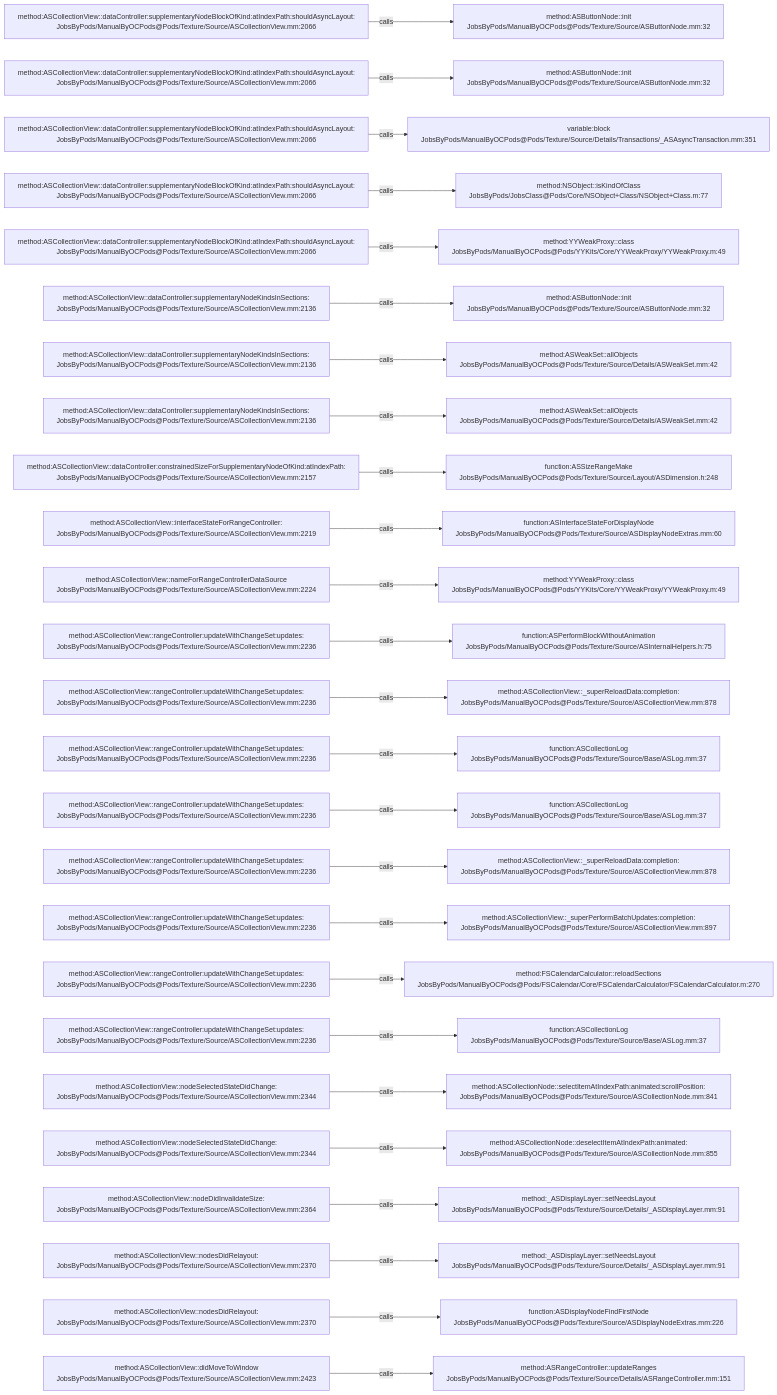
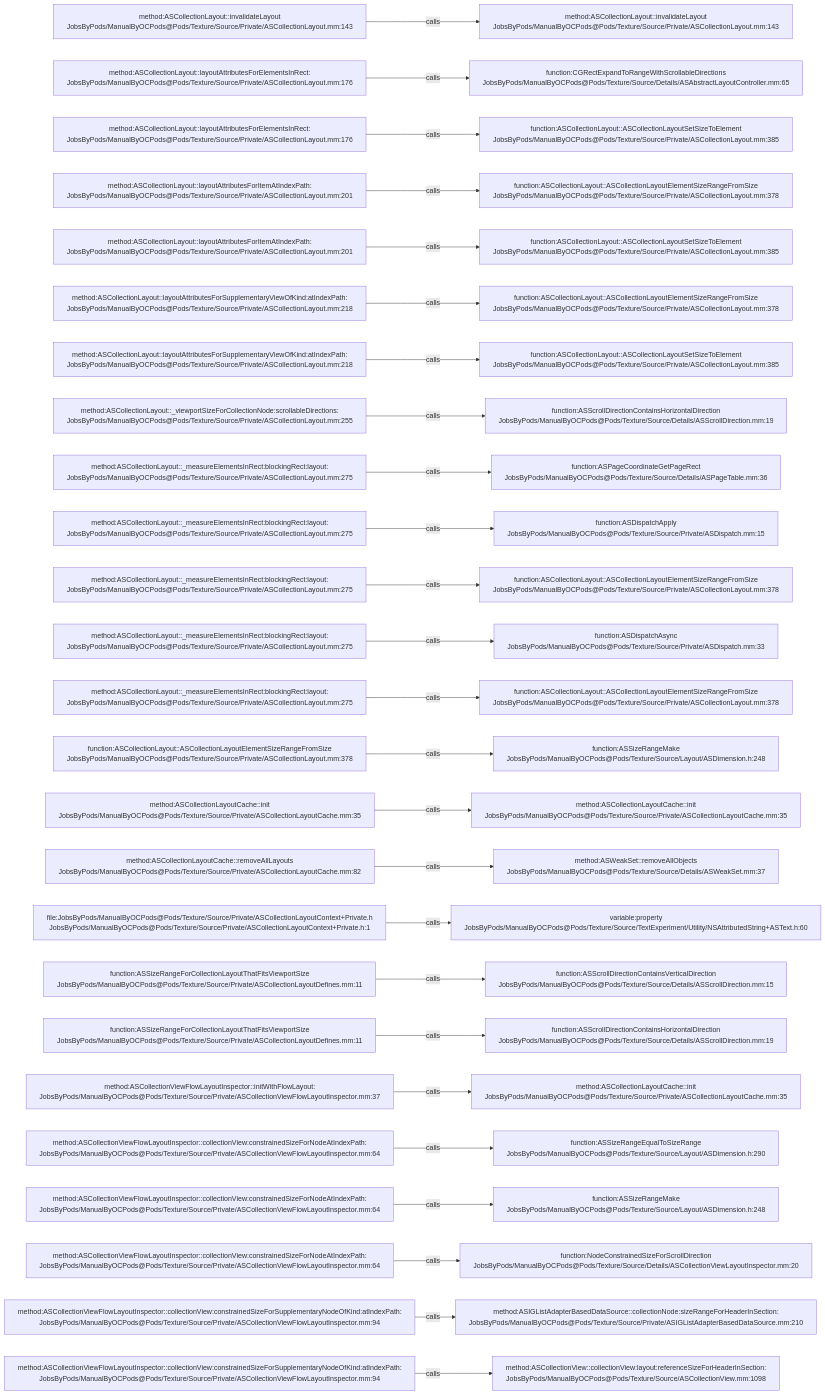
The diagram in .codegraph/codegraph.md/graphs/calls-193.md (JobsKits/JobsOCBaseConfigDemo), drawn with Mermaid before and after one commit. The commit also changed 2162 other files, not shown here.

````diff
--- a/.codegraph/codegraph.md/graphs/calls-193.md
+++ b/.codegraph/codegraph.md/graphs/calls-193.md
@@ -13,78 +13,78 @@
 ```mermaid
 flowchart LR
-  S1["method:ASCollectionView::dataController:supplementaryNodeBlockOfKind:atIndexPath:shouldAsyncLayout:<br/>JobsByPods/ManualByOCPods@Pods/Texture/Source/ASCollectionView.mm:2066"]
-  T1["method:ASButtonNode::init<br/>JobsByPods/ManualByOCPods@Pods/Texture/Source/ASButtonNode.mm:32"]
+  S1["method:ASCollectionLayout::invalidateLayout<br/>JobsByPods/ManualByOCPods@Pods/Texture/Source/Private/ASCollectionLayout.mm:143"]
+  T1["method:ASCollectionLayout::invalidateLayout<br/>JobsByPods/ManualByOCPods@Pods/Texture/Source/Private/ASCollectionLayout.mm:143"]
   S1 -->|calls| T1
-  S2["method:ASCollectionView::dataController:supplementaryNodeBlockOfKind:atIndexPath:shouldAsyncLayout:<br/>JobsByPods/ManualByOCPods@Pods/Texture/Source/ASCollectionView.mm:2066"]
-  T2["method:ASButtonNode::init<br/>JobsByPods/ManualByOCPods@Pods/Texture/Source/ASButtonNode.mm:32"]
+  S2["method:ASCollectionLayout::layoutAttributesForElementsInRect:<br/>JobsByPods/ManualByOCPods@Pods/Texture/Source/Private/ASCollectionLayout.mm:176"]
+  T2["function:CGRectExpandToRangeWithScrollableDirections<br/>JobsByPods/ManualByOCPods@Pods/Texture/Source/Details/ASAbstractLayoutController.mm:65"]
   S2 -->|calls| T2
-  S3["method:ASCollectionView::dataController:supplementaryNodeBlockOfKind:atIndexPath:shouldAsyncLayout:<br/>JobsByPods/ManualByOCPods@Pods/Texture/Source/ASCollectionView.mm:2066"]
-  T3["variable:block<br/>JobsByPods/ManualByOCPods@Pods/Texture/Source/Details/Transactions/_ASAsyncTransaction.mm:351"]
+  S3["method:ASCollectionLayout::layoutAttributesForElementsInRect:<br/>JobsByPods/ManualByOCPods@Pods/Texture/Source/Private/ASCollectionLayout.mm:176"]
+  T3["function:ASCollectionLayout::ASCollectionLayoutSetSizeToElement<br/>JobsByPods/ManualByOCPods@Pods/Texture/Source/Private/ASCollectionLayout.mm:385"]
   S3 -->|calls| T3
-  S4["method:ASCollectionView::dataController:supplementaryNodeBlockOfKind:atIndexPath:shouldAsyncLayout:<br/>JobsByPods/ManualByOCPods@Pods/Texture/Source/ASCollectionView.mm:2066"]
-  T4["method:NSObject::isKindOfClass<br/>JobsByPods/JobsClass@Pods/Core/NSObject+Class/NSObject+Class.m:77"]
+  S4["method:ASCollectionLayout::layoutAttributesForItemAtIndexPath:<br/>JobsByPods/ManualByOCPods@Pods/Texture/Source/Private/ASCollectionLayout.mm:201"]
+  T4["function:ASCollectionLayout::ASCollectionLayoutElementSizeRangeFromSize<br/>JobsByPods/ManualByOCPods@Pods/Texture/Source/Private/ASCollectionLayout.mm:378"]
   S4 -->|calls| T4
-  S5["method:ASCollectionView::dataController:supplementaryNodeBlockOfKind:atIndexPath:shouldAsyncLayout:<br/>JobsByPods/ManualByOCPods@Pods/Texture/Source/ASCollectionView.mm:2066"]
-  T5["method:YYWeakProxy::class<br/>JobsByPods/ManualByOCPods@Pods/YYKits/Core/YYWeakProxy/YYWeakProxy.m:49"]
+  S5["method:ASCollectionLayout::layoutAttributesForItemAtIndexPath:<br/>JobsByPods/ManualByOCPods@Pods/Texture/Source/Private/ASCollectionLayout.mm:201"]
+  T5["function:ASCollectionLayout::ASCollectionLayoutSetSizeToElement<br/>JobsByPods/ManualByOCPods@Pods/Texture/Source/Private/ASCollectionLayout.mm:385"]
   S5 -->|calls| T5
-  S6["method:ASCollectionView::dataController:supplementaryNodeKindsInSections:<br/>JobsByPods/ManualByOCPods@Pods/Texture/Source/ASCollectionView.mm:2136"]
-  T6["method:ASButtonNode::init<br/>JobsByPods/ManualByOCPods@Pods/Texture/Source/ASButtonNode.mm:32"]
+  S6["method:ASCollectionLayout::layoutAttributesForSupplementaryViewOfKind:atIndexPath:<br/>JobsByPods/ManualByOCPods@Pods/Texture/Source/Private/ASCollectionLayout.mm:218"]
+  T6["function:ASCollectionLayout::ASCollectionLayoutElementSizeRangeFromSize<br/>JobsByPods/ManualByOCPods@Pods/Texture/Source/Private/ASCollectionLayout.mm:378"]
   S6 -->|calls| T6
-  S7["method:ASCollectionView::dataController:supplementaryNodeKindsInSections:<br/>JobsByPods/ManualByOCPods@Pods/Texture/Source/ASCollectionView.mm:2136"]
-  T7["method:ASWeakSet::allObjects<br/>JobsByPods/ManualByOCPods@Pods/Texture/Source/Details/ASWeakSet.mm:42"]
+  S7["method:ASCollectionLayout::layoutAttributesForSupplementaryViewOfKind:atIndexPath:<br/>JobsByPods/ManualByOCPods@Pods/Texture/Source/Private/ASCollectionLayout.mm:218"]
+  T7["function:ASCollectionLayout::ASCollectionLayoutSetSizeToElement<br/>JobsByPods/ManualByOCPods@Pods/Texture/Source/Private/ASCollectionLayout.mm:385"]
   S7 -->|calls| T7
-  S8["method:ASCollectionView::dataController:supplementaryNodeKindsInSections:<br/>JobsByPods/ManualByOCPods@Pods/Texture/Source/ASCollectionView.mm:2136"]
-  T8["method:ASWeakSet::allObjects<br/>JobsByPods/ManualByOCPods@Pods/Texture/Source/Details/ASWeakSet.mm:42"]
+  S8["method:ASCollectionLayout::_viewportSizeForCollectionNode:scrollableDirections:<br/>JobsByPods/ManualByOCPods@Pods/Texture/Source/Private/ASCollectionLayout.mm:255"]
+  T8["function:ASScrollDirectionContainsHorizontalDirection<br/>JobsByPods/ManualByOCPods@Pods/Texture/Source/Details/ASScrollDirection.mm:19"]
   S8 -->|calls| T8
-  S9["method:ASCollectionView::dataController:constrainedSizeForSupplementaryNodeOfKind:atIndexPath:<br/>JobsByPods/ManualByOCPods@Pods/Texture/Source/ASCollectionView.mm:2157"]
-  T9["function:ASSizeRangeMake<br/>JobsByPods/ManualByOCPods@Pods/Texture/Source/Layout/ASDimension.h:248"]
+  S9["method:ASCollectionLayout::_measureElementsInRect:blockingRect:layout:<br/>JobsByPods/ManualByOCPods@Pods/Texture/Source/Private/ASCollectionLayout.mm:275"]
+  T9["function:ASPageCoordinateGetPageRect<br/>JobsByPods/ManualByOCPods@Pods/Texture/Source/Details/ASPageTable.mm:36"]
   S9 -->|calls| T9
-  S10["method:ASCollectionView::interfaceStateForRangeController:<br/>JobsByPods/ManualByOCPods@Pods/Texture/Source/ASCollectionView.mm:2219"]
-  T10["function:ASInterfaceStateForDisplayNode<br/>JobsByPods/ManualByOCPods@Pods/Texture/Source/ASDisplayNodeExtras.mm:60"]
+  S10["method:ASCollectionLayout::_measureElementsInRect:blockingRect:layout:<br/>JobsByPods/ManualByOCPods@Pods/Texture/Source/Private/ASCollectionLayout.mm:275"]
+  T10["function:ASDispatchApply<br/>JobsByPods/ManualByOCPods@Pods/Texture/Source/Private/ASDispatch.mm:15"]
   S10 -->|calls| T10
-  S11["method:ASCollectionView::nameForRangeControllerDataSource<br/>JobsByPods/ManualByOCPods@Pods/Texture/Source/ASCollectionView.mm:2224"]
-  T11["method:YYWeakProxy::class<br/>JobsByPods/ManualByOCPods@Pods/YYKits/Core/YYWeakProxy/YYWeakProxy.m:49"]
+  S11["method:ASCollectionLayout::_measureElementsInRect:blockingRect:layout:<br/>JobsByPods/ManualByOCPods@Pods/Texture/Source/Private/ASCollectionLayout.mm:275"]
+  T11["function:ASCollectionLayout::ASCollectionLayoutElementSizeRangeFromSize<br/>JobsByPods/ManualByOCPods@Pods/Texture/Source/Private/ASCollectionLayout.mm:378"]
   S11 -->|calls| T11
-  S12["method:ASCollectionView::rangeController:updateWithChangeSet:updates:<br/>JobsByPods/ManualByOCPods@Pods/Texture/Source/ASCollectionView.mm:2236"]
-  T12["function:ASPerformBlockWithoutAnimation<br/>JobsByPods/ManualByOCPods@Pods/Texture/Source/ASInternalHelpers.h:75"]
+  S12["method:ASCollectionLayout::_measureElementsInRect:blockingRect:layout:<br/>JobsByPods/ManualByOCPods@Pods/Texture/Source/Private/ASCollectionLayout.mm:275"]
+  T12["function:ASDispatchAsync<br/>JobsByPods/ManualByOCPods@Pods/Texture/Source/Private/ASDispatch.mm:33"]
   S12 -->|calls| T12
-  S13["method:ASCollectionView::rangeController:updateWithChangeSet:updates:<br/>JobsByPods/ManualByOCPods@Pods/Texture/Source/ASCollectionView.mm:2236"]
-  T13["method:ASCollectionView::_superReloadData:completion:<br/>JobsByPods/ManualByOCPods@Pods/Texture/Source/ASCollectionView.mm:878"]
+  S13["method:ASCollectionLayout::_measureElementsInRect:blockingRect:layout:<br/>JobsByPods/ManualByOCPods@Pods/Texture/Source/Private/ASCollectionLayout.mm:275"]
+  T13["function:ASCollectionLayout::ASCollectionLayoutElementSizeRangeFromSize<br/>JobsByPods/ManualByOCPods@Pods/Texture/Source/Private/ASCollectionLayout.mm:378"]
   S13 -->|calls| T13
-  S14["method:ASCollectionView::rangeController:updateWithChangeSet:updates:<br/>JobsByPods/ManualByOCPods@Pods/Texture/Source/ASCollectionView.mm:2236"]
-  T14["function:ASCollectionLog<br/>JobsByPods/ManualByOCPods@Pods/Texture/Source/Base/ASLog.mm:37"]
+  S14["function:ASCollectionLayout::ASCollectionLayoutElementSizeRangeFromSize<br/>JobsByPods/ManualByOCPods@Pods/Texture/Source/Private/ASCollectionLayout.mm:378"]
+  T14["function:ASSizeRangeMake<br/>JobsByPods/ManualByOCPods@Pods/Texture/Source/Layout/ASDimension.h:248"]
   S14 -->|calls| T14
-  S15["method:ASCollectionView::rangeController:updateWithChangeSet:updates:<br/>JobsByPods/ManualByOCPods@Pods/Texture/Source/ASCollectionView.mm:2236"]
-  T15["function:ASCollectionLog<br/>JobsByPods/ManualByOCPods@Pods/Texture/Source/Base/ASLog.mm:37"]
+  S15["method:ASCollectionLayoutCache::init<br/>JobsByPods/ManualByOCPods@Pods/Texture/Source/Private/ASCollectionLayoutCache.mm:35"]
+  T15["method:ASCollectionLayoutCache::init<br/>JobsByPods/ManualByOCPods@Pods/Texture/Source/Private/ASCollectionLayoutCache.mm:35"]
   S15 -->|calls| T15
-  S16["method:ASCollectionView::rangeController:updateWithChangeSet:updates:<br/>JobsByPods/ManualByOCPods@Pods/Texture/Source/ASCollectionView.mm:2236"]
-  T16["method:ASCollectionView::_superReloadData:completion:<br/>JobsByPods/ManualByOCPods@Pods/Texture/Source/ASCollectionView.mm:878"]
+  S16["method:ASCollectionLayoutCache::removeAllLayouts<br/>JobsByPods/ManualByOCPods@Pods/Texture/Source/Private/ASCollectionLayoutCache.mm:82"]
+  T16["method:ASWeakSet::removeAllObjects<br/>JobsByPods/ManualByOCPods@Pods/Texture/Source/Details/ASWeakSet.mm:37"]
   S16 -->|calls| T16
-  S17["method:ASCollectionView::rangeController:updateWithChangeSet:updates:<br/>JobsByPods/ManualByOCPods@Pods/Texture/Source/ASCollectionView.mm:2236"]
-  T17["method:ASCollectionView::_superPerformBatchUpdates:completion:<br/>JobsByPods/ManualByOCPods@Pods/Texture/Source/ASCollectionView.mm:897"]
+  S17["file:JobsByPods/ManualByOCPods@Pods/Texture/Source/Private/ASCollectionLayoutContext+Private.h<br/>JobsByPods/ManualByOCPods@Pods/Texture/Source/Private/ASCollectionLayoutContext+Private.h:1"]
+  T17["variable:property<br/>JobsByPods/ManualByOCPods@Pods/Texture/Source/TextExperiment/Utility/NSAttributedString+ASText.h:60"]
   S17 -->|calls| T17
-  S18["method:ASCollectionView::rangeController:updateWithChangeSet:updates:<br/>JobsByPods/ManualByOCPods@Pods/Texture/Source/ASCollectionView.mm:2236"]
-  T18["method:FSCalendarCalculator::reloadSections<br/>JobsByPods/ManualByOCPods@Pods/FSCalendar/Core/FSCalendarCalculator/FSCalendarCalculator.m:270"]
+  S18["function:ASSizeRangeForCollectionLayoutThatFitsViewportSize<br/>JobsByPods/ManualByOCPods@Pods/Texture/Source/Private/ASCollectionLayoutDefines.mm:11"]
+  T18["function:ASScrollDirectionContainsVerticalDirection<br/>JobsByPods/ManualByOCPods@Pods/Texture/Source/Details/ASScrollDirection.mm:15"]
   S18 -->|calls| T18
-  S19["method:ASCollectionView::rangeController:updateWithChangeSet:updates:<br/>JobsByPods/ManualByOCPods@Pods/Texture/Source/ASCollectionView.mm:2236"]
-  T19["function:ASCollectionLog<br/>JobsByPods/ManualByOCPods@Pods/Texture/Source/Base/ASLog.mm:37"]
+  S19["function:ASSizeRangeForCollectionLayoutThatFitsViewportSize<br/>JobsByPods/ManualByOCPods@Pods/Texture/Source/Private/ASCollectionLayoutDefines.mm:11"]
+  T19["function:ASScrollDirectionContainsHorizontalDirection<br/>JobsByPods/ManualByOCPods@Pods/Texture/Source/Details/ASScrollDirection.mm:19"]
   S19 -->|calls| T19
-  S20["method:ASCollectionView::nodeSelectedStateDidChange:<br/>JobsByPods/ManualByOCPods@Pods/Texture/Source/ASCollectionView.mm:2344"]
-  T20["method:ASCollectionNode::selectItemAtIndexPath:animated:scrollPosition:<br/>JobsByPods/ManualByOCPods@Pods/Texture/Source/ASCollectionNode.mm:841"]
+  S20["method:ASCollectionViewFlowLayoutInspector::initWithFlowLayout:<br/>JobsByPods/ManualByOCPods@Pods/Texture/Source/Private/ASCollectionViewFlowLayoutInspector.mm:37"]
+  T20["method:ASCollectionLayoutCache::init<br/>JobsByPods/ManualByOCPods@Pods/Texture/Source/Private/ASCollectionLayoutCache.mm:35"]
   S20 -->|calls| T20
-  S21["method:ASCollectionView::nodeSelectedStateDidChange:<br/>JobsByPods/ManualByOCPods@Pods/Texture/Source/ASCollectionView.mm:2344"]
-  T21["method:ASCollectionNode::deselectItemAtIndexPath:animated:<br/>JobsByPods/ManualByOCPods@Pods/Texture/Source/ASCollectionNode.mm:855"]
+  S21["method:ASCollectionViewFlowLayoutInspector::collectionView:constrainedSizeForNodeAtIndexPath:<br/>JobsByPods/ManualByOCPods@Pods/Texture/Source/Private/ASCollectionViewFlowLayoutInspector.mm:64"]
+  T21["function:ASSizeRangeEqualToSizeRange<br/>JobsByPods/ManualByOCPods@Pods/Texture/Source/Layout/ASDimension.h:290"]
   S21 -->|calls| T21
-  S22["method:ASCollectionView::nodeDidInvalidateSize:<br/>JobsByPods/ManualByOCPods@Pods/Texture/Source/ASCollectionView.mm:2364"]
-  T22["method:_ASDisplayLayer::setNeedsLayout<br/>JobsByPods/ManualByOCPods@Pods/Texture/Source/Details/_ASDisplayLayer.mm:91"]
+  S22["method:ASCollectionViewFlowLayoutInspector::collectionView:constrainedSizeForNodeAtIndexPath:<br/>JobsByPods/ManualByOCPods@Pods/Texture/Source/Private/ASCollectionViewFlowLayoutInspector.mm:64"]
+  T22["function:ASSizeRangeMake<br/>JobsByPods/ManualByOCPods@Pods/Texture/Source/Layout/ASDimension.h:248"]
   S22 -->|calls| T22
-  S23["method:ASCollectionView::nodesDidRelayout:<br/>JobsByPods/ManualByOCPods@Pods/Texture/Source/ASCollectionView.mm:2370"]
-  T23["method:_ASDisplayLayer::setNeedsLayout<br/>JobsByPods/ManualByOCPods@Pods/Texture/Source/Details/_ASDisplayLayer.mm:91"]
+  S23["method:ASCollectionViewFlowLayoutInspector::collectionView:constrainedSizeForNodeAtIndexPath:<br/>JobsByPods/ManualByOCPods@Pods/Texture/Source/Private/ASCollectionViewFlowLayoutInspector.mm:64"]
+  T23["function:NodeConstrainedSizeForScrollDirection<br/>JobsByPods/ManualByOCPods@Pods/Texture/Source/Details/ASCollectionViewLayoutInspector.mm:20"]
   S23 -->|calls| T23
-  S24["method:ASCollectionView::nodesDidRelayout:<br/>JobsByPods/ManualByOCPods@Pods/Texture/Source/ASCollectionView.mm:2370"]
-  T24["function:ASDisplayNodeFindFirstNode<br/>JobsByPods/ManualByOCPods@Pods/Texture/Source/ASDisplayNodeExtras.mm:226"]
+  S24["method:ASCollectionViewFlowLayoutInspector::collectionView:constrainedSizeForSupplementaryNodeOfKind:atIndexPath:<br/>JobsByPods/ManualByOCPods@Pods/Texture/Source/Private/ASCollectionViewFlowLayoutInspector.mm:94"]
+  T24["method:ASIGListAdapterBasedDataSource::collectionNode:sizeRangeForHeaderInSection:<br/>JobsByPods/ManualByOCPods@Pods/Texture/Source/Private/ASIGListAdapterBasedDataSource.mm:210"]
   S24 -->|calls| T24
-  S25["method:ASCollectionView::didMoveToWindow<br/>JobsByPods/ManualByOCPods@Pods/Texture/Source/ASCollectionView.mm:2423"]
-  T25["method:ASRangeController::updateRanges<br/>JobsByPods/ManualByOCPods@Pods/Texture/Source/Details/ASRangeController.mm:151"]
+  S25["method:ASCollectionViewFlowLayoutInspector::collectionView:constrainedSizeForSupplementaryNodeOfKind:atIndexPath:<br/>JobsByPods/ManualByOCPods@Pods/Texture/Source/Private/ASCollectionViewFlowLayoutInspector.mm:94"]
+  T25["method:ASCollectionView::collectionView:layout:referenceSizeForHeaderInSection:<br/>JobsByPods/ManualByOCPods@Pods/Texture/Source/ASCollectionView.mm:1098"]
   S25 -->|calls| T25
 ```
````
